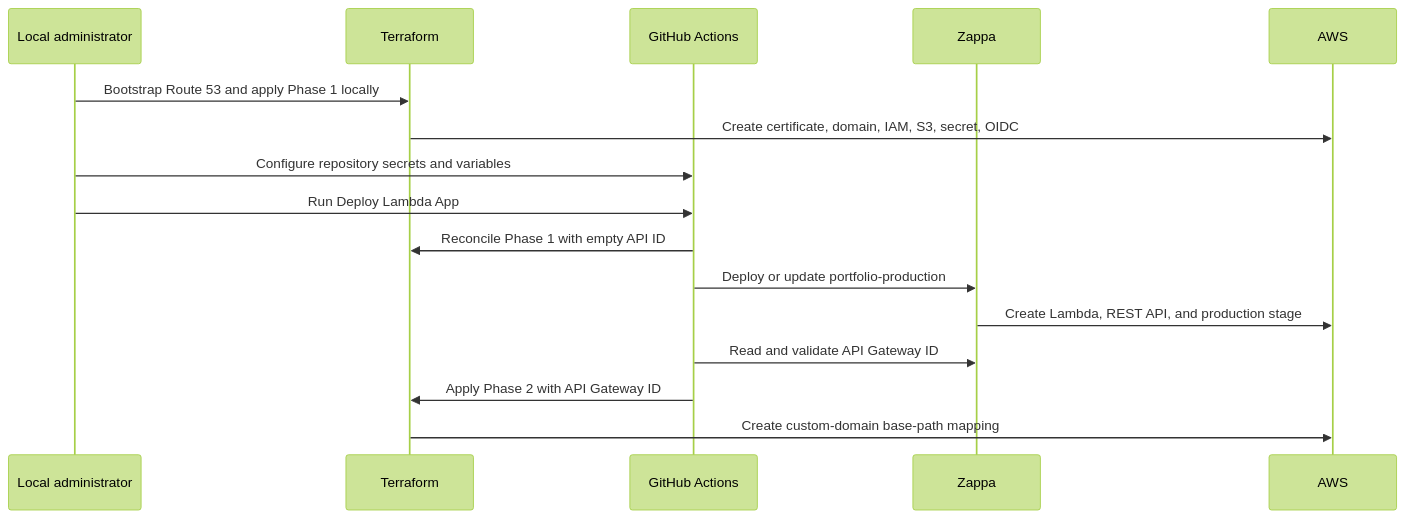
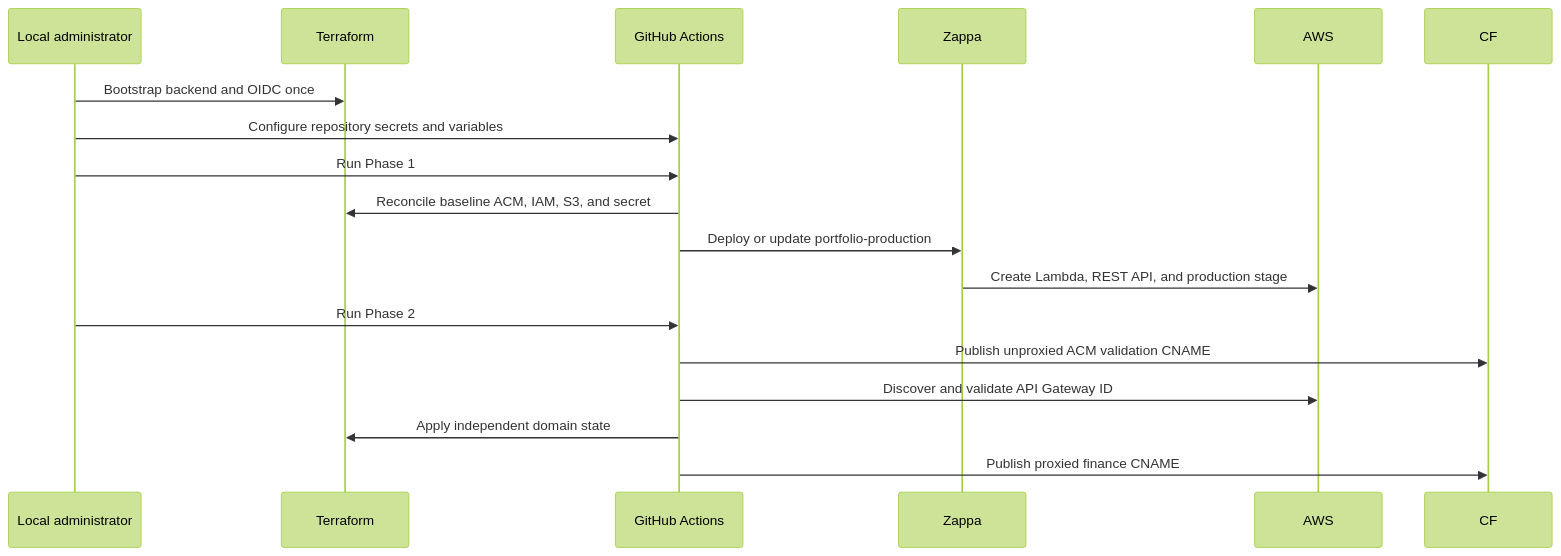
The third of 3 diagrams in README.md (praveenkumarv-github/portfolio), drawn with Mermaid (forest theme) before and after one commit. The commit also changed other lines of this file and 25 other files, not shown here.

````diff
--- a/README.md
+++ b/README.md
@@ -71,19 +71,20 @@
 ```mermaid
 sequenceDiagram
     participant Admin as Local administrator
     participant TF as Terraform
     participant GH as GitHub Actions
     participant Z as Zappa
     participant AWS as AWS
 
-    Admin->>TF: Bootstrap Route 53 and apply Phase 1 locally
-    TF->>AWS: Create certificate, domain, IAM, S3, secret, OIDC
+    Admin->>TF: Bootstrap backend and OIDC once
     Admin->>GH: Configure repository secrets and variables
-    Admin->>GH: Run Deploy Lambda App
-    GH->>TF: Reconcile Phase 1 with empty API ID
+    Admin->>GH: Run Phase 1
+    GH->>TF: Reconcile baseline ACM, IAM, S3, and secret
     GH->>Z: Deploy or update portfolio-production
     Z->>AWS: Create Lambda, REST API, and production stage
-    GH->>Z: Read and validate API Gateway ID
-    GH->>TF: Apply Phase 2 with API Gateway ID
-    TF->>AWS: Create custom-domain base-path mapping
+    Admin->>GH: Run Phase 2
+    GH->>CF: Publish unproxied ACM validation CNAME
+    GH->>AWS: Discover and validate API Gateway ID
+    GH->>TF: Apply independent domain state
+    GH->>CF: Publish proxied finance CNAME
 ```
````
